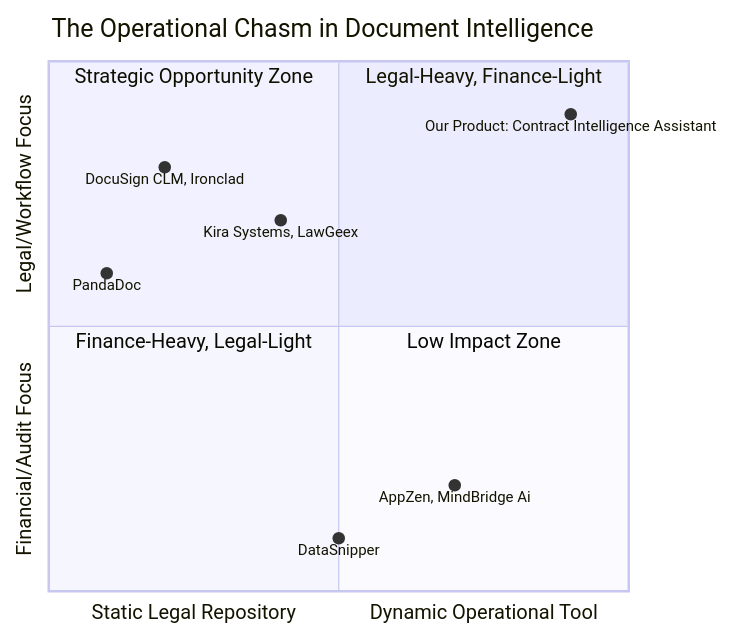
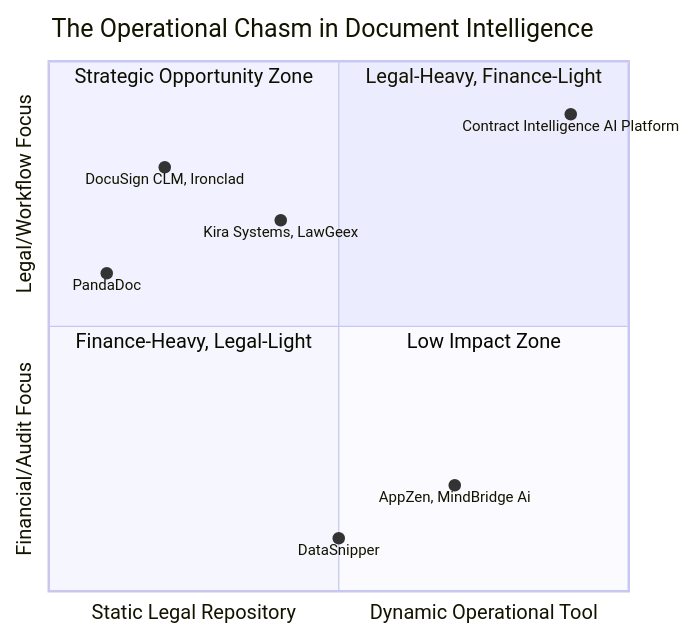
The fourth of 5 diagrams in README.md (quantum-vector-io/contract_intelligence_assistant), drawn with Mermaid before and after one commit.

Commit message:
Fix product name truncation in quadrant chart
- Changed 'Our Product: Contract Intelligence Assistant' to 'Contract Intelligence AI Platform'
- Shorter name prevents text truncation in Mermaid quadrant chart display
- Maintains clear product identification while ensuring full visibility
- All product positioning remains accurate on the competitive landscape diagram

````diff
--- a/README.md
+++ b/README.md
@@ -685,16 +685,16 @@
 ```mermaid
 quadrantChart
     title The Operational Chasm in Document Intelligence
     x-axis Static Legal Repository --> Dynamic Operational Tool
     y-axis Financial/Audit Focus --> Legal/Workflow Focus
     quadrant-1 Legal-Heavy, Finance-Light
     quadrant-2 Strategic Opportunity Zone
     quadrant-3 Finance-Heavy, Legal-Light
     quadrant-4 Low Impact Zone
     "DocuSign CLM, Ironclad": [0.2, 0.8]
     "PandaDoc": [0.1, 0.6]
     "Kira Systems, LawGeex": [0.4, 0.7]
     "AppZen, MindBridge Ai": [0.7, 0.2]
     "DataSnipper": [0.5, 0.1]
-    "Our Product: Contract Intelligence Assistant": [0.9, 0.9]
+    "Contract Intelligence AI Platform": [0.9, 0.9]
 ```
````
